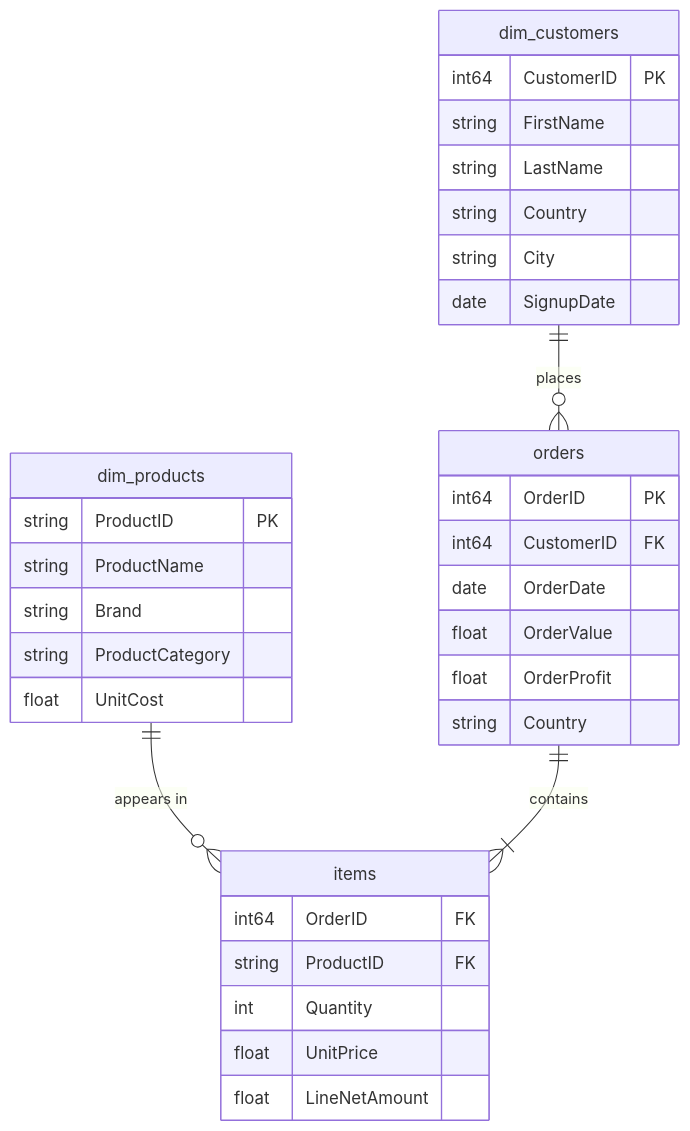
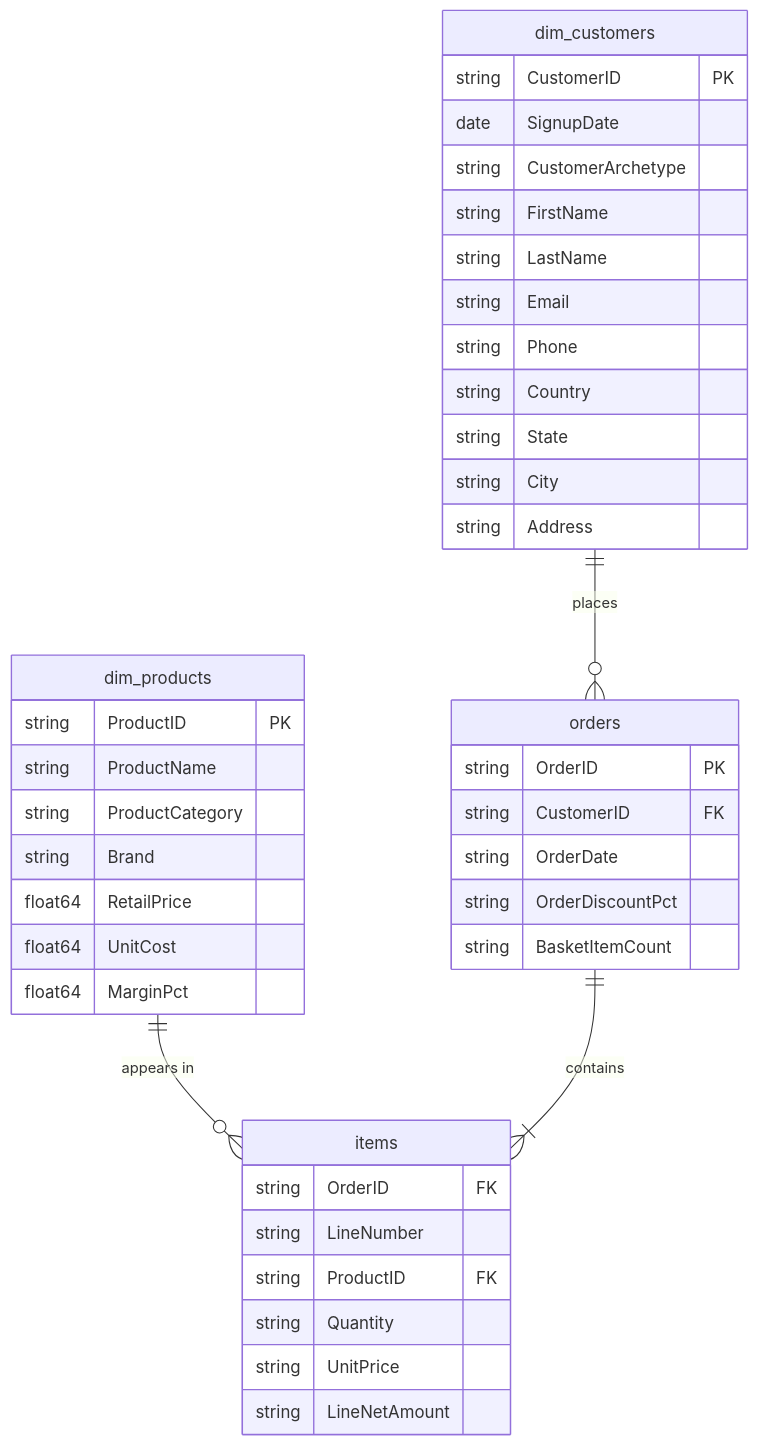
One commit to ryszard-twardy/rfm-customer-segmentation-kupferkanne changed the first of 3 diagrams in docs/data_model.md. Above: the diagram before and after it, drawn with Mermaid. The commit also changed other lines of this file and 14 other files, not shown here.

````diff
--- a/docs/data_model.md
+++ b/docs/data_model.md
@@ -7,37 +9,44 @@
 ```mermaid
 erDiagram
     dim_customers ||--o{ orders : "places"
     dim_products ||--o{ items : "appears in"
     orders ||--|{ items : "contains"
 
     dim_customers {
-        int64 CustomerID PK
+        string CustomerID PK
+        date SignupDate
+        string CustomerArchetype
         string FirstName
         string LastName
+        string Email
+        string Phone
         string Country
+        string State
         string City
-        date SignupDate
+        string Address
     }
     dim_products {
         string ProductID PK
         string ProductName
+        string ProductCategory
         string Brand
-        string ProductCategory
-        float UnitCost
+        float64 RetailPrice
+        float64 UnitCost
+        float64 MarginPct
     }
     orders {
-        int64 OrderID PK
-        int64 CustomerID FK
-        date OrderDate
-        float OrderValue
-        float OrderProfit
-        string Country
+        string OrderID PK
+        string CustomerID FK
+        string OrderDate
+        string OrderDiscountPct
+        string BasketItemCount
     }
     items {
-        int64 OrderID FK
+        string OrderID FK
+        string LineNumber
         string ProductID FK
-        int Quantity
-        float UnitPrice
-        float LineNetAmount
+        string Quantity
+        string UnitPrice
+        string LineNetAmount
     }
 ```
````
